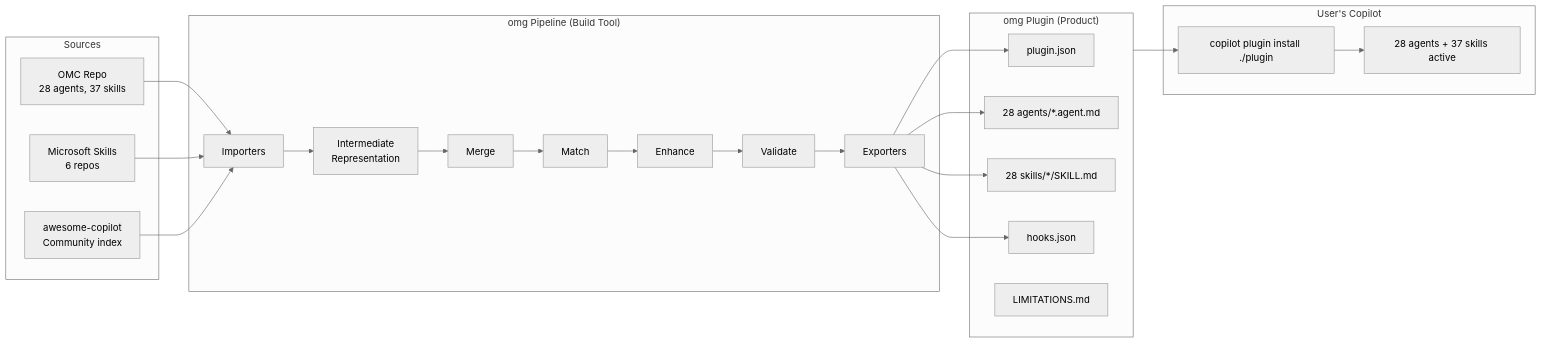
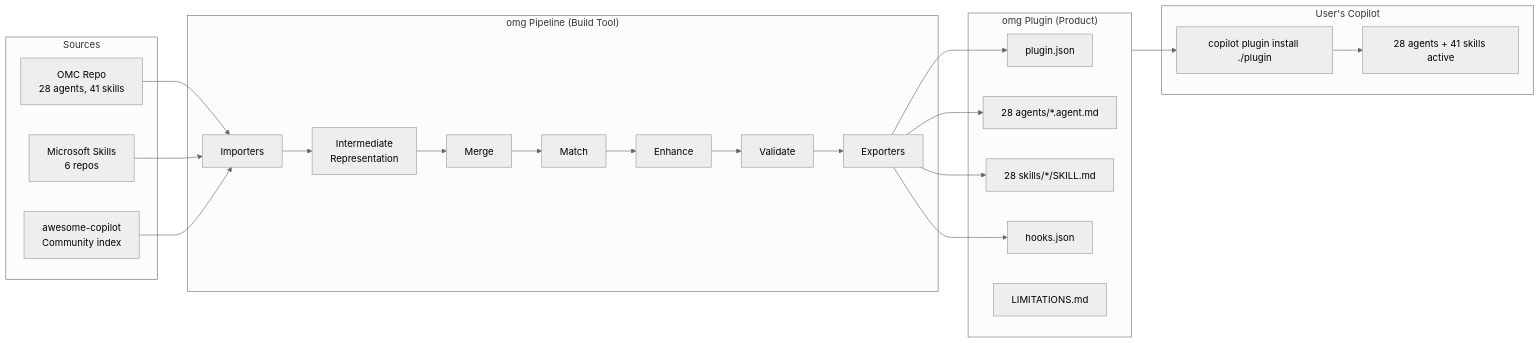
Before and after one commit to TheTrustedAdvisor/omg: the first of 12 diagrams in ARCHITECTURE.md, drawn with Mermaid (neutral theme). The commit also changed 3 other files, not shown here.

````diff
--- a/ARCHITECTURE.md
+++ b/ARCHITECTURE.md
@@ -14,40 +14,40 @@
 ```mermaid
 graph LR
     subgraph Sources
-        OMC[OMC Repo<br/>28 agents, 37 skills]
+        OMC[OMC Repo<br/>28 agents, 41 skills]
         MS[Microsoft Skills<br/>6 repos]
         AC[awesome-copilot<br/>Community index]
     end
 
     subgraph Pipeline["omg Pipeline (Build Tool)"]
         IMP[Importers] --> IR[Intermediate<br/>Representation]
         IR --> MER[Merge]
         MER --> MAT[Match]
         MAT --> ENH[Enhance]
         ENH --> VAL[Validate]
         VAL --> EXP[Exporters]
     end
 
     subgraph Output["omg Plugin (Product)"]
         PJ[plugin.json]
         AG[28 agents/*.agent.md]
         SK[28 skills/*/SKILL.md]
         HK[hooks.json]
         LM[LIMITATIONS.md]
     end
 
     OMC --> IMP
     MS --> IMP
     AC --> IMP
     EXP --> PJ
     EXP --> AG
     EXP --> SK
     EXP --> HK
 
     subgraph User["User's Copilot"]
         INST[copilot plugin install ./plugin]
-        INST --> USE[28 agents + 37 skills active]
+        INST --> USE[28 agents + 41 skills active]
     end
 
     Output --> INST
 ```
````
